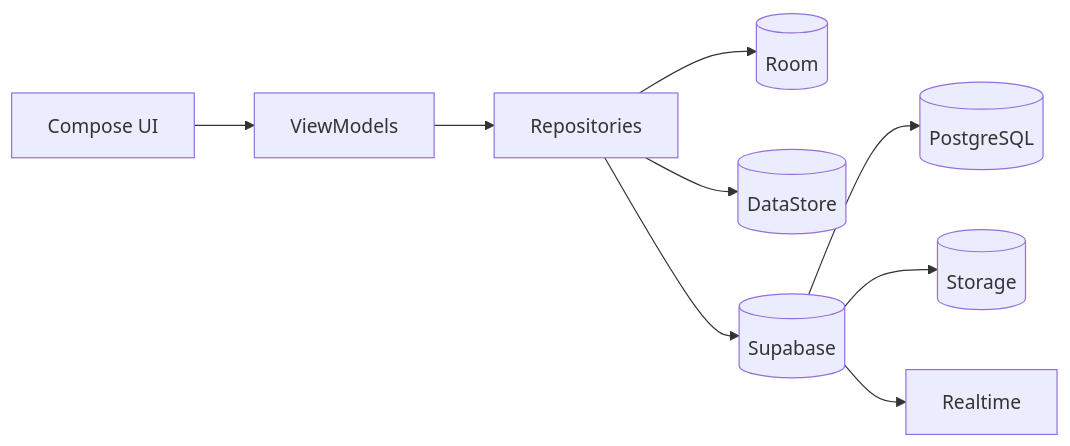
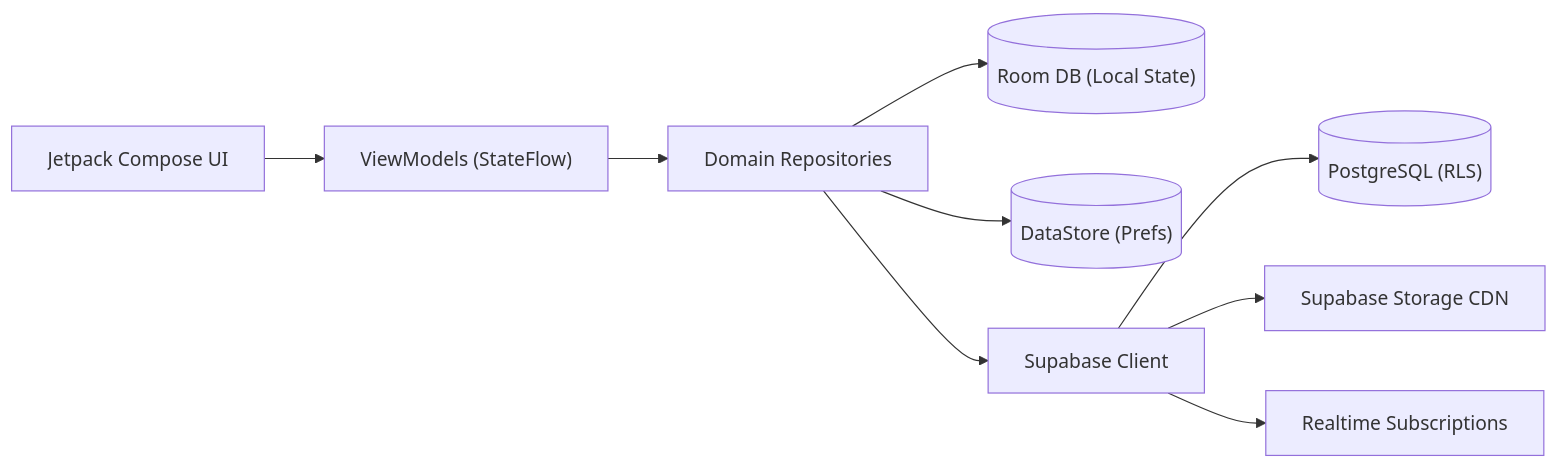
One commit to asurxeth/PALZEE changed the first of 2 diagrams in README.md. Above: the diagram before and after it, drawn with Mermaid. The commit also changed other lines of this file, not shown here.

````diff
--- a/README.md
+++ b/README.md
@@ -27,25 +89,13 @@
 ```mermaid
 flowchart LR
-
-UI["Compose UI"]
-VM["ViewModels"]
-REPO["Repositories"]
-
-ROOM[(Room)]
-DATA[(DataStore)]
-SUPA[(Supabase)]
-PG[(PostgreSQL)]
-STORE[(Storage)]
-REAL["Realtime"]
-
-UI --> VM
-VM --> REPO
-
-REPO --> ROOM
-REPO --> DATA
-REPO --> SUPA
-
-SUPA --> PG
-SUPA --> STORE
-SUPA --> REAL
+    UI["Jetpack Compose UI"] --> VM["ViewModels (StateFlow)"]
+    VM --> REPO["Domain Repositories"]
+    
+    REPO --> ROOM[("Room DB (Local State)")]
+    REPO --> DATA[("DataStore (Prefs)")]
+    REPO --> SUPA["Supabase Client"]
+    
+    SUPA --> PG[("PostgreSQL (RLS)")]
+    SUPA --> STORE["Supabase Storage CDN"]
+    SUPA --> REAL["Realtime Subscriptions"]
 ```
````
